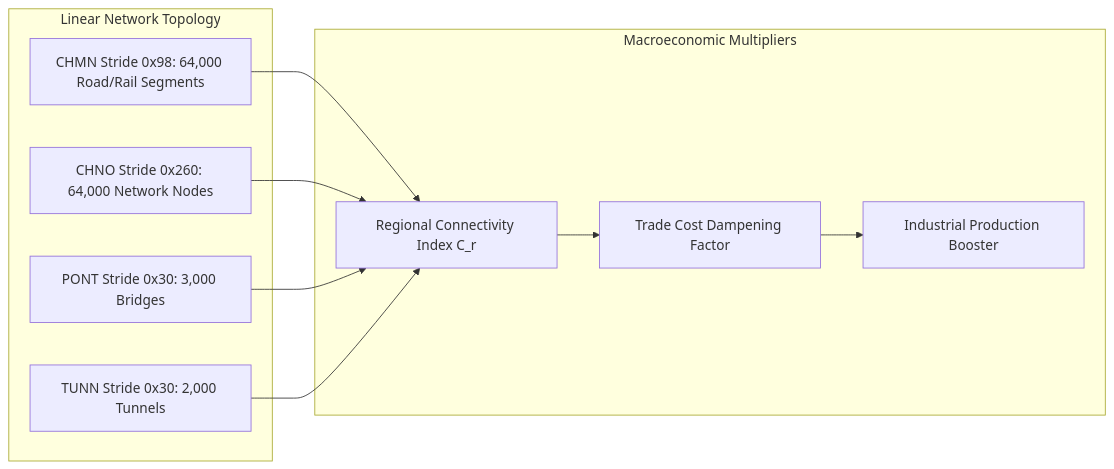
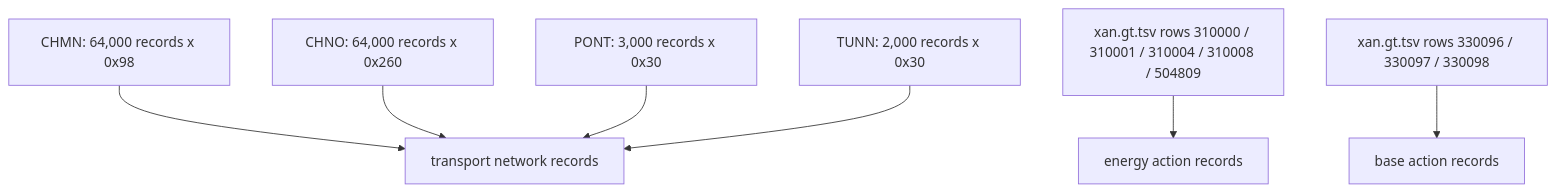
The fourth of 4 diagrams in 08_REGIONS_CITIES_AND_INFRASTRUCTURE.md (CthulhuOnIce/GPS-Docs), drawn with Mermaid before and after one commit. The commit also changed other lines of this file and 12 other files, not shown here.

````diff
--- a/08_REGIONS_CITIES_AND_INFRASTRUCTURE.md
+++ b/08_REGIONS_CITIES_AND_INFRASTRUCTURE.md
@@ -197,22 +275,18 @@
 ```mermaid
-flowchart LR
-    subgraph Transportation_Layer [Linear Network Topology]
-        CHMN[CHMN Stride 0x98: 64,000 Road/Rail Segments]
-        CHNO[CHNO Stride 0x260: 64,000 Network Nodes]
-        PONT[PONT Stride 0x30: 3,000 Bridges]
-        TUNN[TUNN Stride 0x30: 2,000 Tunnels]
-    end
-
-    subgraph Economic_Impact [Macroeconomic Multipliers]
-        CON[Regional Connectivity Index C_r]
-        MULT[Trade Cost Dampening Factor]
-        IND[Industrial Production Booster]
-    end
-
-    CHMN --> CON
-    CHNO --> CON
-    PONT --> CON
-    TUNN --> CON
-    CON --> MULT
-    MULT --> IND
+flowchart TD
+    CHMN["CHMN: 64,000 records x 0x98"]
+    CHNO["CHNO: 64,000 records x 0x260"]
+    PONT["PONT: 3,000 records x 0x30"]
+    TUNN["TUNN: 2,000 records x 0x30"]
+    ACT["xan.gt.tsv rows 310000 / 310001 / 310004 / 310008 / 504809"]
+    MIL["xan.gt.tsv rows 330096 / 330097 / 330098"]
+    NET["transport network records"]
+    GEN["energy action records"]
+    DEF["base action records"]
+    CHMN --> NET
+    CHNO --> NET
+    PONT --> NET
+    TUNN --> NET
+    ACT --> GEN
+    MIL --> DEF
 ```
````
